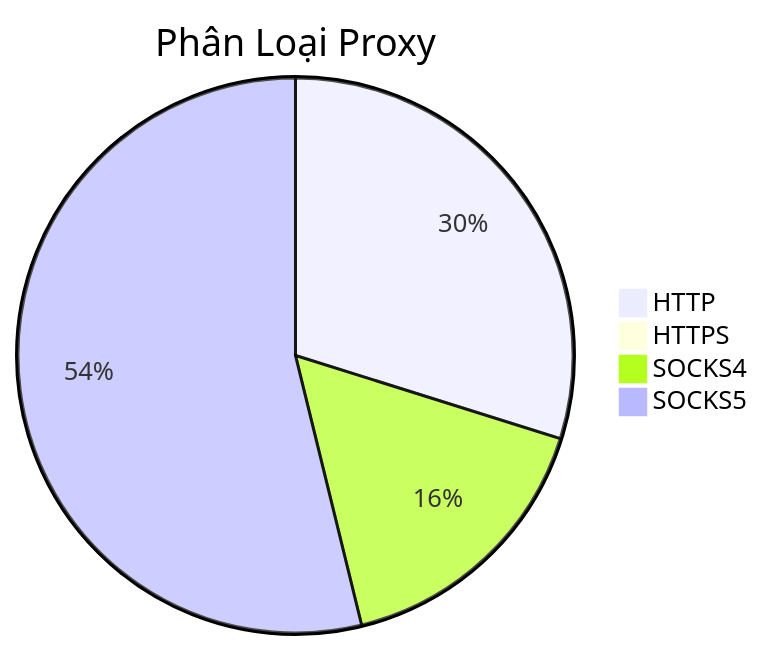
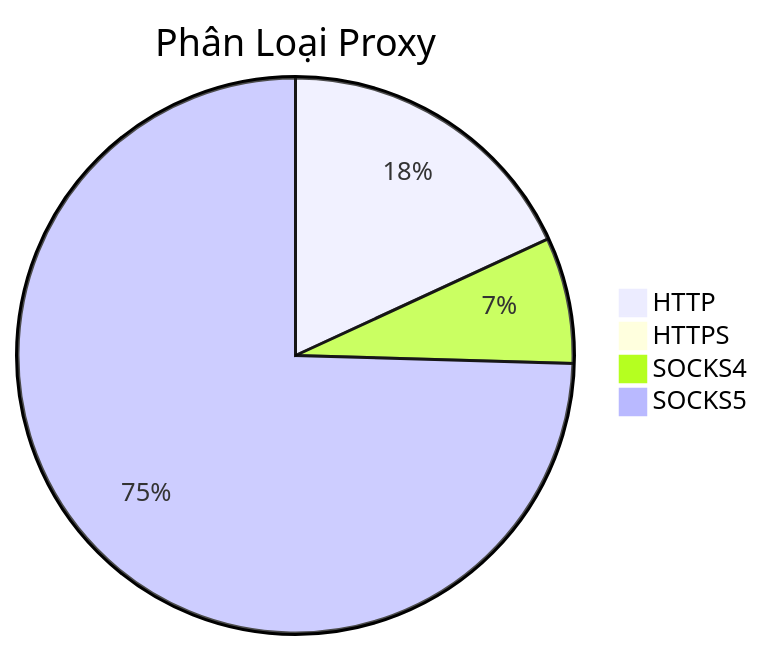
Before and after one commit to Ciara-Aa/PROXY-free: the diagram in README.md, drawn with Mermaid. The commit also changed other lines of this file and 4 other files, not shown here.

````diff
--- a/README.md
+++ b/README.md
@@ -26,7 +26,7 @@
 ```mermaid
 pie title Phân Loại Proxy
-    "HTTP" : 382
-    "HTTPS" : 4
-    "SOCKS4" : 209
-    "SOCKS5" : 689
+    "HTTP" : 600
+    "HTTPS" : 2
+    "SOCKS4" : 243
+    "SOCKS5" : 2469
 ```
````
